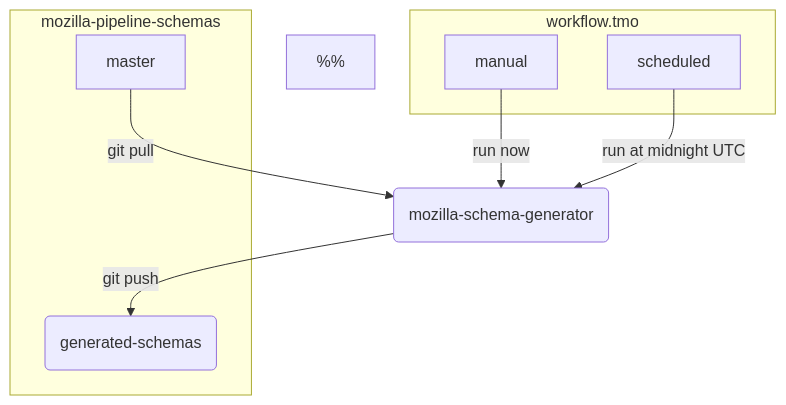
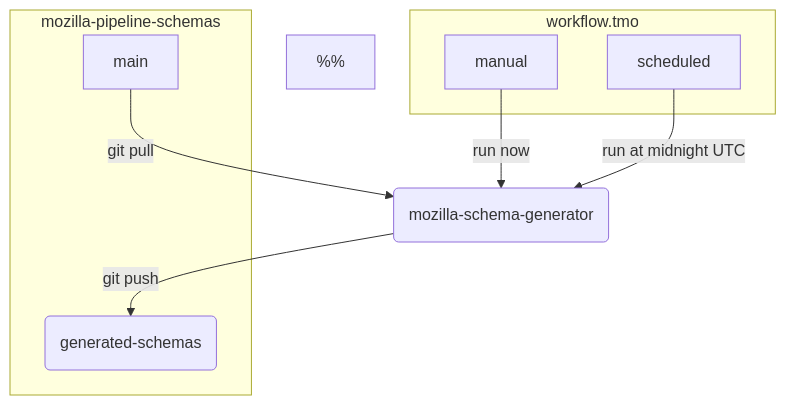
The fourth of 5 diagrams in src/concepts/pipeline/schemas.md (mozilla/data-docs), drawn with Mermaid before and after one commit. The commit also changed other lines of this file and 1 other file, not shown here.

Commit message:
Correct the naming of the git branch

````diff
--- a/src/concepts/pipeline/schemas.md
+++ b/src/concepts/pipeline/schemas.md
@@ -297,23 +297,23 @@
 ```mermaid
 graph TD
 
 subgraph workflow.tmo
   manual
   scheduled
 end
 
 subgraph mozilla-pipeline-schemas
-  master
+  main
   schemas(generated-schemas)
 end
 
 generator(mozilla-schema-generator)
 
 %%
 
 manual --> |run now| generator
 scheduled --> |run at midnight UTC| generator
 
-master -->|git pull| generator
+main -->|git pull| generator
 generator --> |git push| schemas
 ```
````
